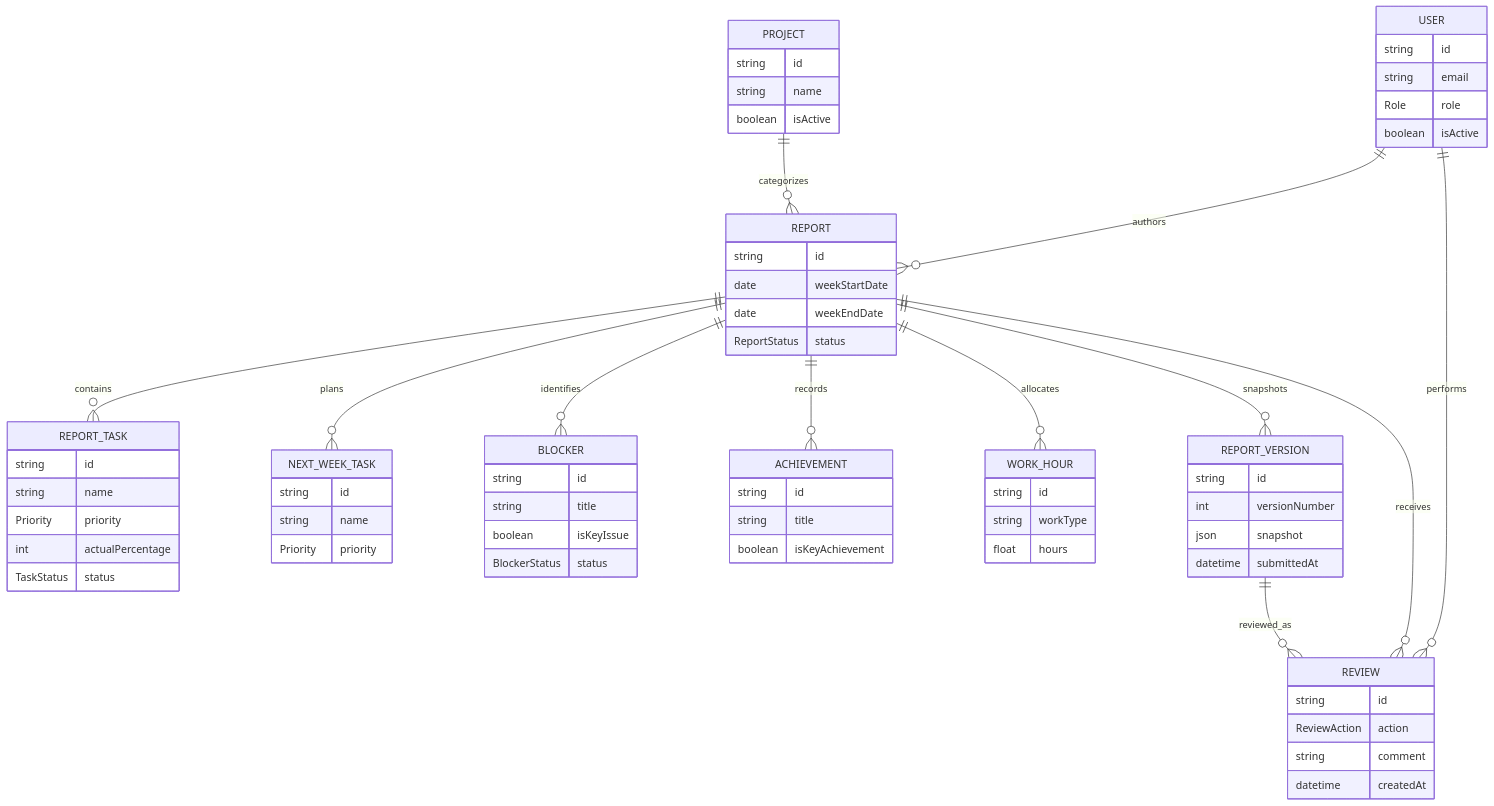
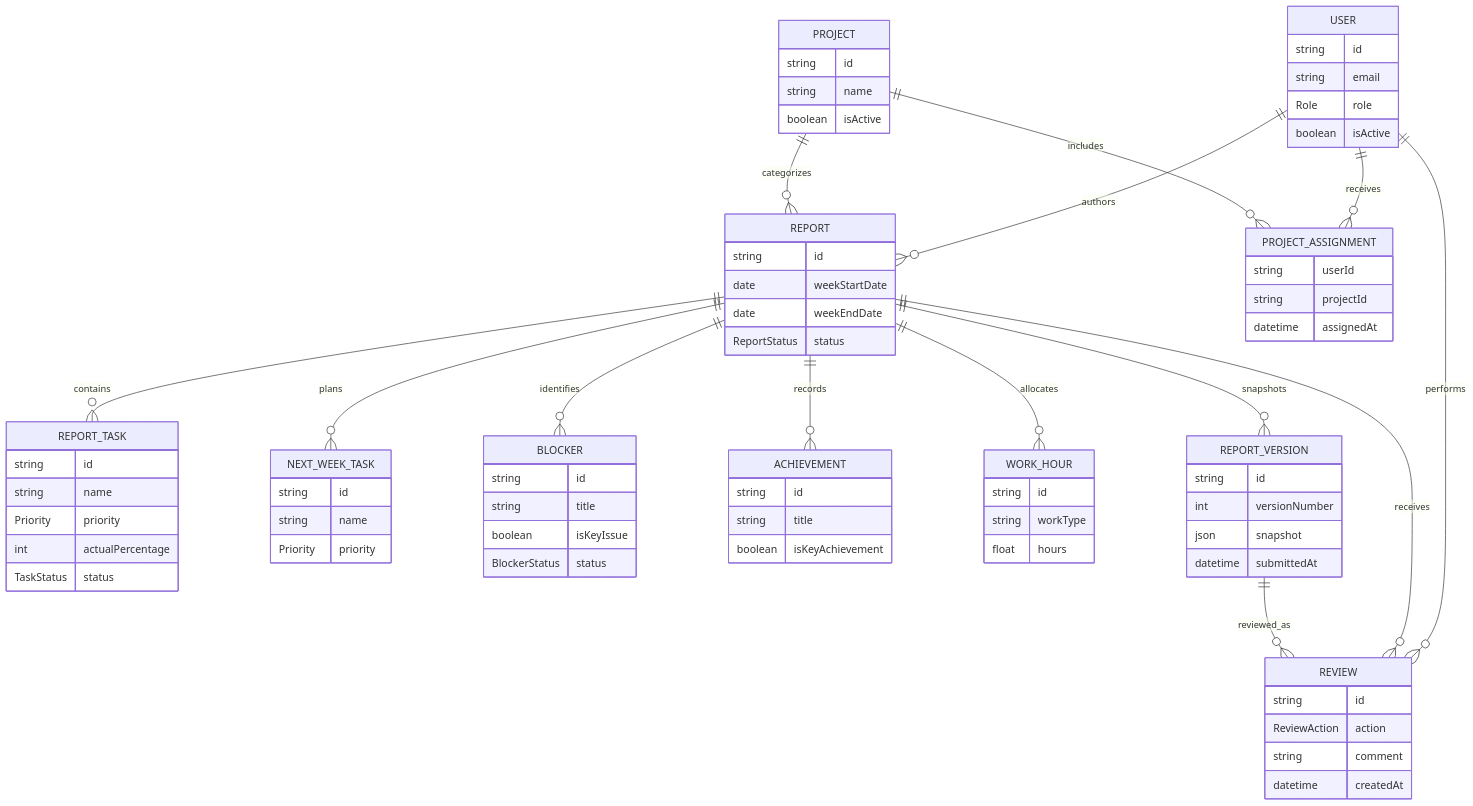
Before and after one commit to DhanukaNaveen/WeekFlow: the diagram in docs/ER_DIAGRAM.md, drawn with Mermaid. The commit also changed 19 other files, not shown here.

First line of the commit message:
feat: implement project member assignment functionality

````diff
--- a/docs/ER_DIAGRAM.md
+++ b/docs/ER_DIAGRAM.md
@@ -3,24 +3,27 @@
 ```mermaid
 erDiagram
  USER ||--o{ REPORT : authors
  USER ||--o{ REVIEW : performs
+ USER ||--o{ PROJECT_ASSIGNMENT : receives
  PROJECT ||--o{ REPORT : categorizes
+ PROJECT ||--o{ PROJECT_ASSIGNMENT : includes
  REPORT ||--o{ REPORT_TASK : contains
  REPORT ||--o{ NEXT_WEEK_TASK : plans
  REPORT ||--o{ BLOCKER : identifies
  REPORT ||--o{ ACHIEVEMENT : records
  REPORT ||--o{ WORK_HOUR : allocates
  REPORT ||--o{ REPORT_VERSION : snapshots
  REPORT ||--o{ REVIEW : receives
  REPORT_VERSION ||--o{ REVIEW : reviewed_as
  USER { string id string email Role role boolean isActive }
  PROJECT { string id string name boolean isActive }
+ PROJECT_ASSIGNMENT { string userId string projectId datetime assignedAt }
  REPORT { string id date weekStartDate date weekEndDate ReportStatus status }
  REPORT_TASK { string id string name Priority priority int actualPercentage TaskStatus status }
  NEXT_WEEK_TASK { string id string name Priority priority }
  BLOCKER { string id string title boolean isKeyIssue BlockerStatus status }
  ACHIEVEMENT { string id string title boolean isKeyAchievement }
  WORK_HOUR { string id string workType float hours }
  REPORT_VERSION { string id int versionNumber json snapshot datetime submittedAt }
  REVIEW { string id ReviewAction action string comment datetime createdAt }
 ```
````
